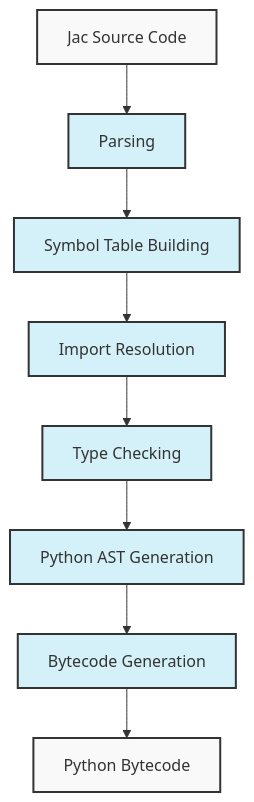
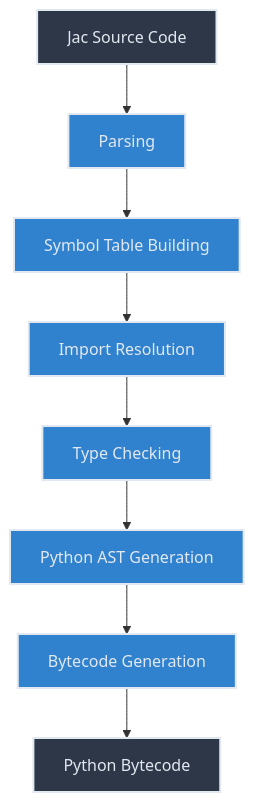
The second of 13 diagrams in jac/support/jac-lang.org/docs/for_contributors/internals.md (Jaseci-Labs/jaseci), drawn with Mermaid before and after one commit. The commit also changed other lines of this file, not shown here.

````diff
--- a/jac/support/jac-lang.org/docs/for_contributors/internals.md
+++ b/jac/support/jac-lang.org/docs/for_contributors/internals.md
@@ -38,19 +38,19 @@
 ```mermaid
 flowchart TD
     A[Jac Source Code] --> B[Parsing]
     B --> C[Symbol Table Building]
     C --> D[Import Resolution]
     D --> E[Type Checking]
     E --> F[Python AST Generation]
     F --> G[Bytecode Generation]
     G --> H[Python Bytecode]
 
-    style A fill:#f9f9f9,stroke:#333,stroke-width:2px
-    style B fill:#d4f1f9,stroke:#333,stroke-width:2px
-    style C fill:#d4f1f9,stroke:#333,stroke-width:2px
-    style D fill:#d4f1f9,stroke:#333,stroke-width:2px
-    style E fill:#d4f1f9,stroke:#333,stroke-width:2px
-    style F fill:#d4f1f9,stroke:#333,stroke-width:2px
-    style G fill:#d4f1f9,stroke:#333,stroke-width:2px
-    style H fill:#f9f9f9,stroke:#333,stroke-width:2px
+    style A fill:#2d3748,stroke:#e2e8f0,stroke-width:2px,color:#e2e8f0
+    style B fill:#3182ce,stroke:#e2e8f0,stroke-width:2px,color:#e2e8f0
+    style C fill:#3182ce,stroke:#e2e8f0,stroke-width:2px,color:#e2e8f0
+    style D fill:#3182ce,stroke:#e2e8f0,stroke-width:2px,color:#e2e8f0
+    style E fill:#3182ce,stroke:#e2e8f0,stroke-width:2px,color:#e2e8f0
+    style F fill:#3182ce,stroke:#e2e8f0,stroke-width:2px,color:#e2e8f0
+    style G fill:#3182ce,stroke:#e2e8f0,stroke-width:2px,color:#e2e8f0
+    style H fill:#2d3748,stroke:#e2e8f0,stroke-width:2px,color:#e2e8f0
 ```
````
